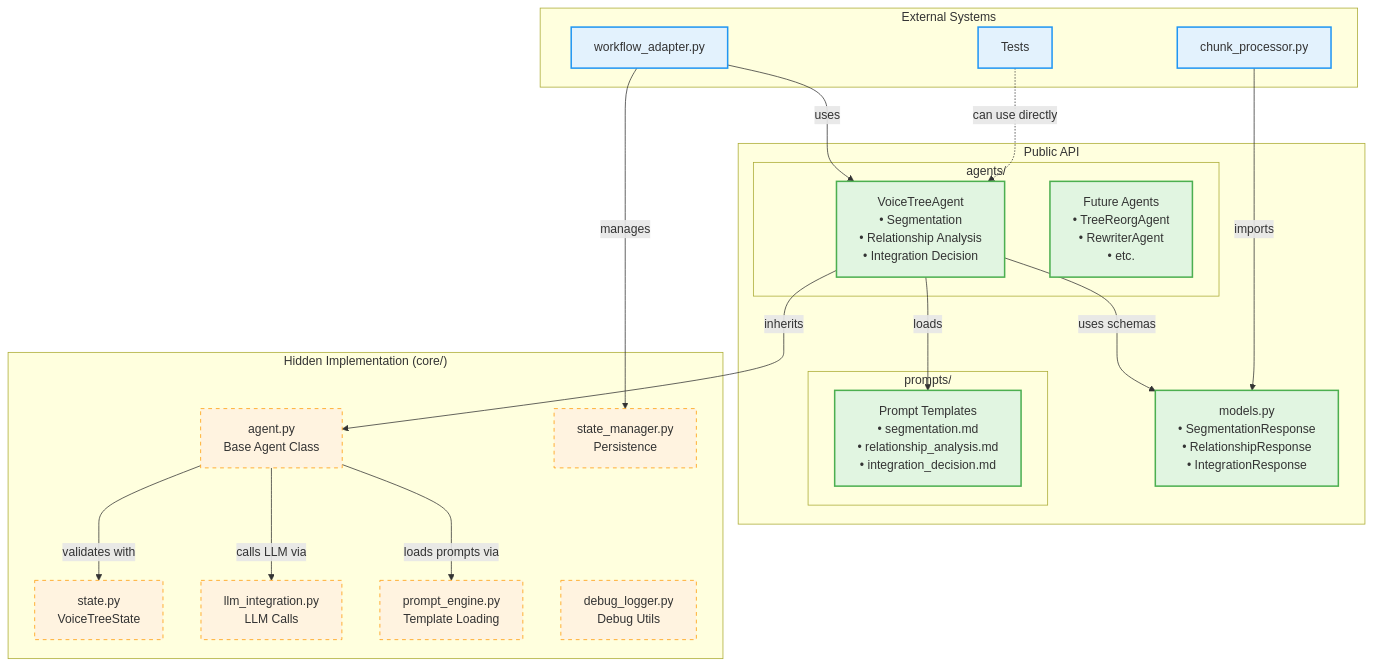
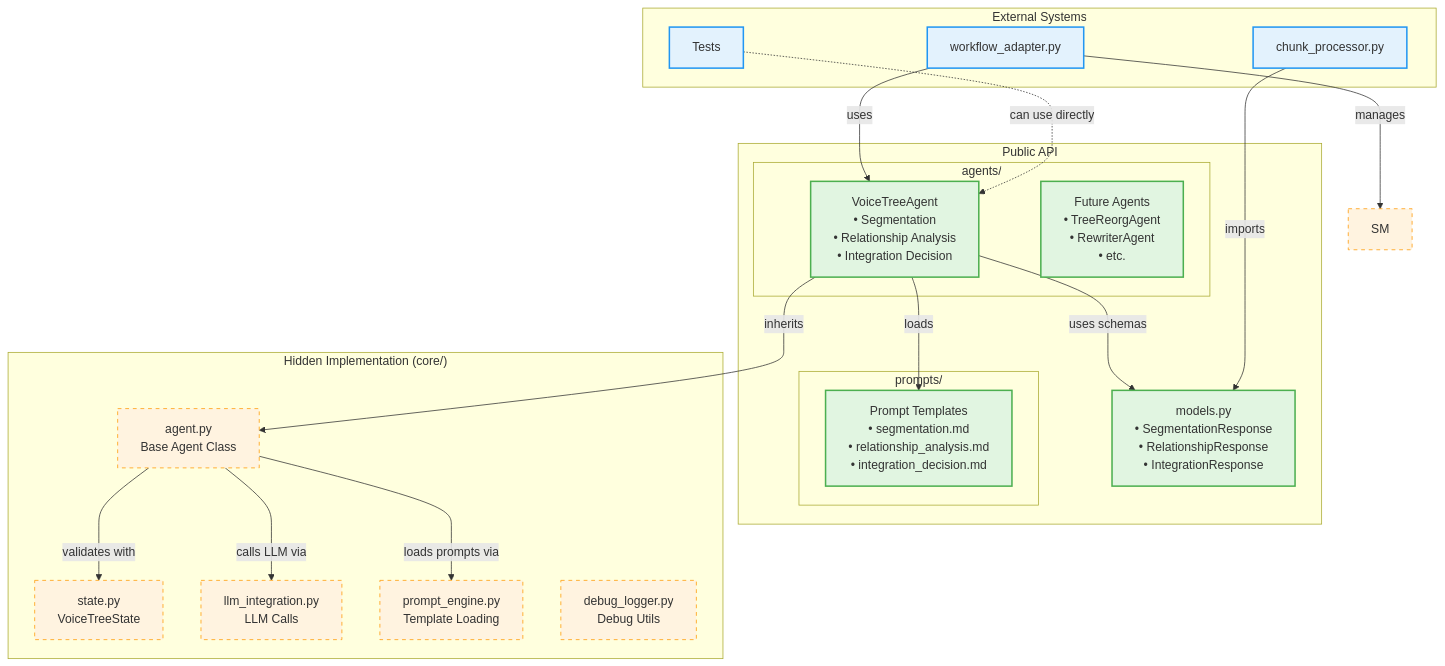
One commit to voicetreelab/voicetree changed the diagram in backend/text_to_graph_pipeline/agentic_workflows/README.md. Above: the diagram before and after it, drawn with Mermaid. The commit also changed 8 other files, not shown here.

````diff
--- a/backend/text_to_graph_pipeline/agentic_workflows/README.md
+++ b/backend/text_to_graph_pipeline/agentic_workflows/README.md
@@ -7,58 +7,57 @@
 ```mermaid
 graph TB
     subgraph "Public API"
         subgraph "agents/"
             VTA[VoiceTreeAgent<br/>• Segmentation<br/>• Relationship Analysis<br/>• Integration Decision]
             FutureAgents[Future Agents<br/>• TreeReorgAgent<br/>• RewriterAgent<br/>• etc.]
         end
         
         subgraph "prompts/"
             Prompts[Prompt Templates<br/>• segmentation.md<br/>• relationship_analysis.md<br/>• integration_decision.md]
         end
         
         Models[models.py<br/>• SegmentationResponse<br/>• RelationshipResponse<br/>• IntegrationResponse]
         
     end
     
     subgraph "Hidden Implementation (core/)"
         Agent[agent.py<br/>Base Agent Class]
         State[state.py<br/>VoiceTreeState]
         LLM[llm_integration.py<br/>LLM Calls]
         PE[prompt_engine.py<br/>Template Loading]
-        SM[state_manager.py<br/>Persistence]
         DL[debug_logger.py<br/>Debug Utils]
     end
     
     subgraph "External Systems"
         WA[workflow_adapter.py]
         CP[chunk_processor.py]
         Tests[Tests]
     end
     
     %% Agent Definition Flow
     VTA -->|inherits| Agent
     VTA -->|loads| Prompts
     VTA -->|uses schemas| Models
     
     %% Agent Execution Flow
     Agent -->|loads prompts via| PE
     Agent -->|calls LLM via| LLM
     Agent -->|validates with| State
     
     %% External Integration
     WA -->|uses| VTA
     WA -->|manages| SM
     
     %% Direct Usage
     Tests -.->|can use directly| VTA
     CP -->|imports| Models
     
     %% Styling
     classDef publicAPI fill:#e1f5e1,stroke:#4caf50,stroke-width:2px
     classDef hiddenImpl fill:#fff3e0,stroke:#ff9800,stroke-width:1px,stroke-dasharray: 5 5
     classDef external fill:#e3f2fd,stroke:#2196f3,stroke-width:2px
     
     class VTA,FutureAgents,Prompts,Models publicAPI
     class Agent,State,LLM,PE,SM,DL hiddenImpl
     class WA,CP,Tests external
 ```
````
